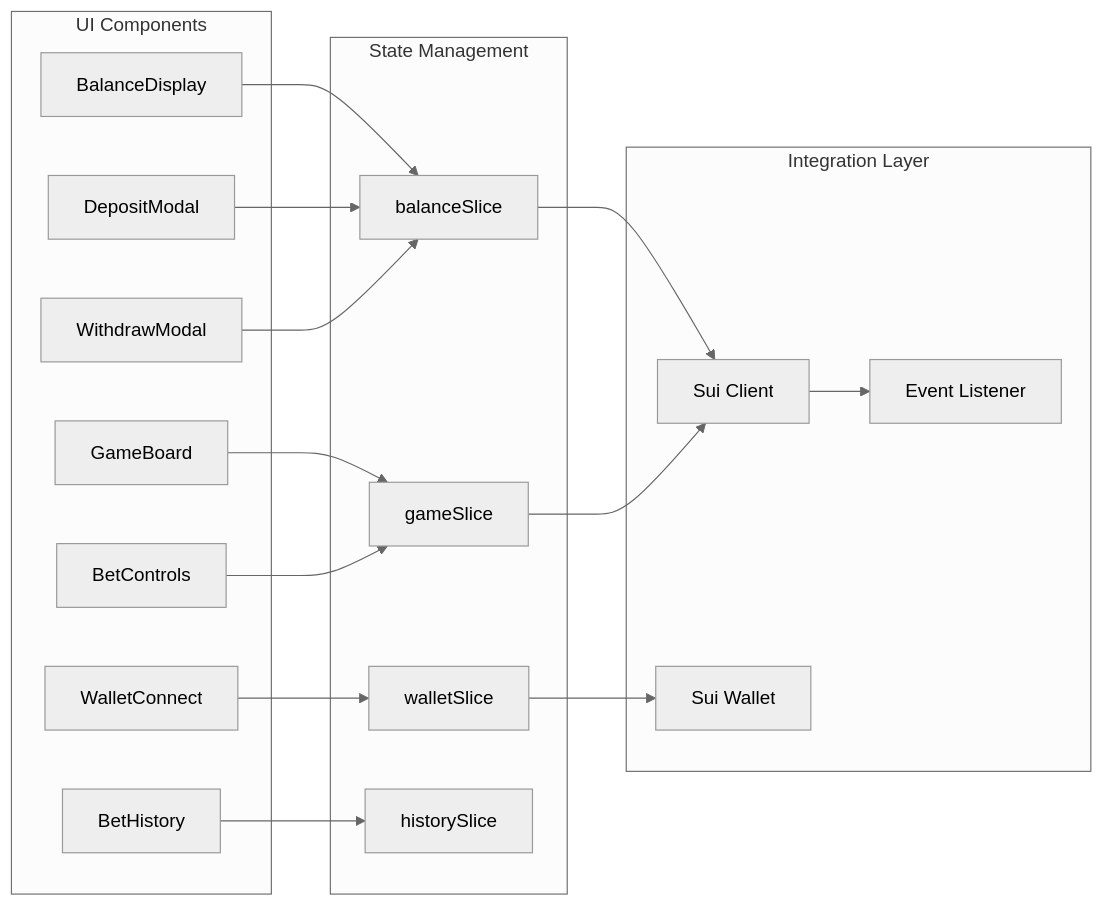
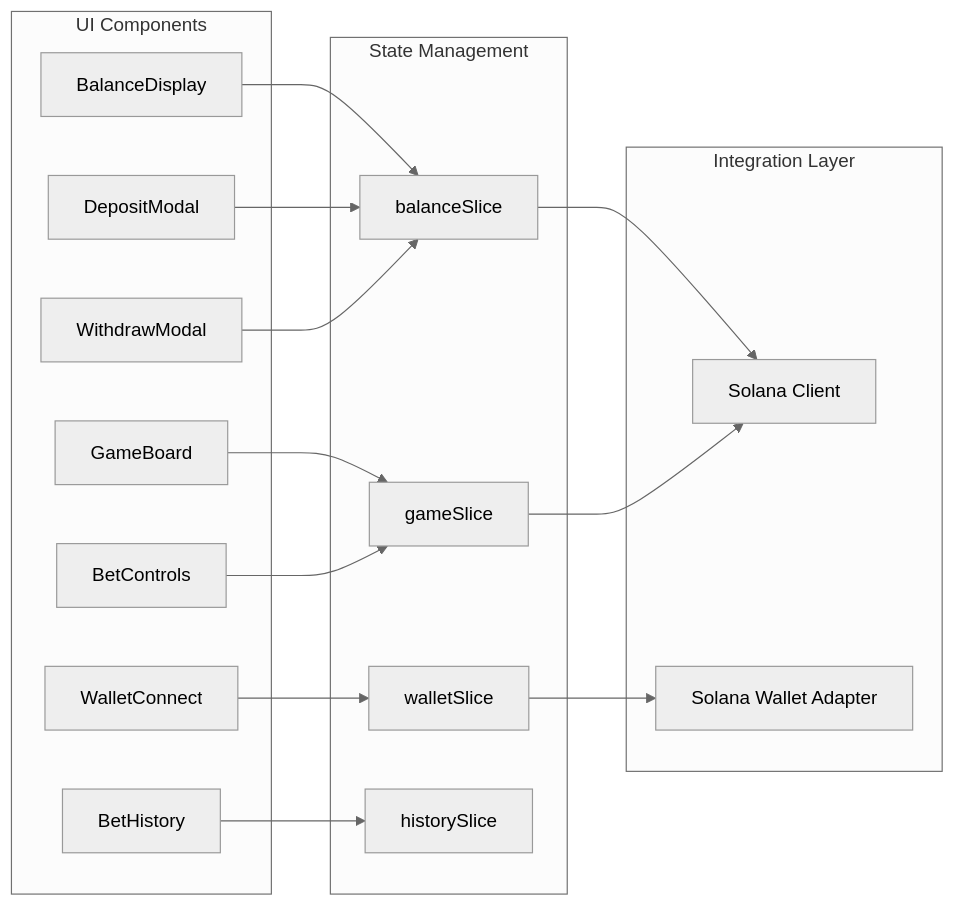
The second of 2 diagrams in README.md (AmaanSayyad/solnomo), drawn with Mermaid (neutral theme) before and after one commit. The commit also changed other lines of this file and 38 other files, not shown here.

````diff
--- a/README.md
+++ b/README.md
@@ -76,39 +76,36 @@
 ```mermaid
 graph LR
     subgraph "UI Components"
         WalletConnect[WalletConnect]
         BalanceDisplay[BalanceDisplay]
         DepositModal[DepositModal]
         WithdrawModal[WithdrawModal]
         GameBoard[GameBoard]
         BetControls[BetControls]
         BetHistory[BetHistory]
     end
     
     subgraph "State Management"
         WalletSlice[walletSlice]
         BalanceSlice[balanceSlice]
         GameSlice[gameSlice]
         HistorySlice[historySlice]
     end
     
     subgraph "Integration Layer"
-        SuiClient[Sui Client]
-        SuiWallet[Sui Wallet]
-        EventListener[Event Listener]
+        SolanaClient[Solana Client]
+        SolanaWallet[Solana Wallet Adapter]
     end
     
     WalletConnect --> WalletSlice
     BalanceDisplay --> BalanceSlice
     DepositModal --> BalanceSlice
     WithdrawModal --> BalanceSlice
     GameBoard --> GameSlice
     BetControls --> GameSlice
     BetHistory --> HistorySlice
     
-    WalletSlice --> SuiWallet
-    BalanceSlice --> SuiClient
-    GameSlice --> SuiClient
-    
-    SuiClient --> EventListener
+    WalletSlice --> SolanaWallet
+    BalanceSlice --> SolanaClient
+    GameSlice --> SolanaClient
 ```
````
